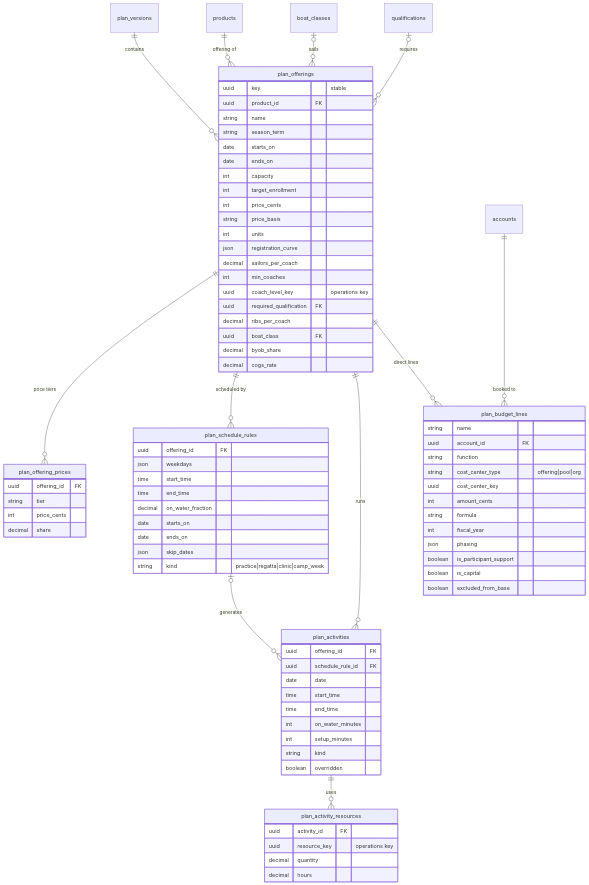
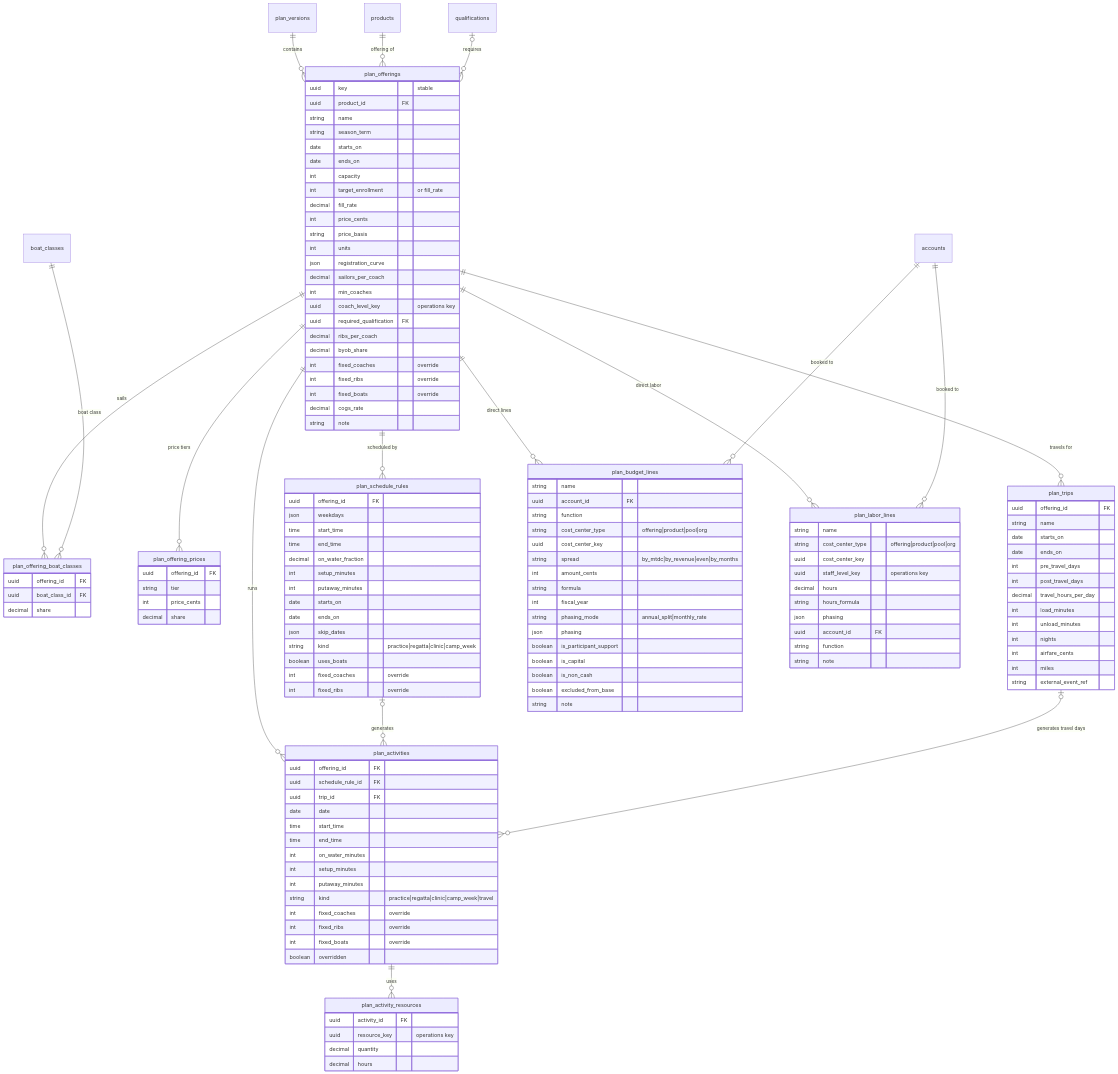
Before and after one commit to cyc-seattle/isthmia: the third of 5 diagrams in docs/planning-schema.md, drawn with Mermaid. The commit also changed other lines of this file, not shown here.

Commit message:
docs: extend the planning schema for spreadsheet and project-two gaps

````diff
--- a/docs/planning-schema.md
+++ b/docs/planning-schema.md
@@ -136,15 +144,20 @@
 erDiagram
     plan_versions ||--o{ plan_offerings : contains
     products ||--o{ plan_offerings : "offering of"
-    boat_classes |o--o{ plan_offerings : sails
     qualifications |o--o{ plan_offerings : requires
+    plan_offerings ||--o{ plan_offering_boat_classes : sails
+    boat_classes ||--o{ plan_offering_boat_classes : "boat class"
     plan_offerings ||--o{ plan_offering_prices : "price tiers"
     plan_offerings ||--o{ plan_schedule_rules : "scheduled by"
+    plan_offerings ||--o{ plan_trips : "travels for"
     plan_offerings ||--o{ plan_activities : runs
     plan_schedule_rules |o--o{ plan_activities : generates
+    plan_trips |o--o{ plan_activities : "generates travel days"
     plan_activities ||--o{ plan_activity_resources : uses
     plan_offerings ||--o{ plan_budget_lines : "direct lines"
+    plan_offerings ||--o{ plan_labor_lines : "direct labor"
     accounts ||--o{ plan_budget_lines : "booked to"
+    accounts ||--o{ plan_labor_lines : "booked to"
 
     plan_offerings {
         uuid key "stable"
@@ -154,7 +167,8 @@
         date starts_on
         date ends_on
         int capacity
-        int target_enrollment
+        int target_enrollment "or fill_rate"
+        decimal fill_rate
         int price_cents
         string price_basis
         int units
@@ -164,9 +178,17 @@
         uuid coach_level_key "operations key"
         uuid required_qualification FK
         decimal ribs_per_coach
-        uuid boat_class FK
         decimal byob_share
+        int fixed_coaches "override"
+        int fixed_ribs "override"
+        int fixed_boats "override"
         decimal cogs_rate
+        string note
+    }
+    plan_offering_boat_classes {
+        uuid offering_id FK
+        uuid boat_class_id FK
+        decimal share
     }
     plan_offering_prices {
         uuid offering_id FK
@@ -180,20 +202,45 @@
         time start_time
         time end_time
         decimal on_water_fraction
+        int setup_minutes
+        int putaway_minutes
         date starts_on
         date ends_on
         json skip_dates
         string kind "practice|regatta|clinic|camp_week"
+        boolean uses_boats
+        int fixed_coaches "override"
+        int fixed_ribs "override"
+    }
+    plan_trips {
+        uuid offering_id FK
+        string name
+        date starts_on
+        date ends_on
+        int pre_travel_days
+        int post_travel_days
+        decimal travel_hours_per_day
+        int load_minutes
+        int unload_minutes
+        int nights
+        int airfare_cents
+        int miles
+        string external_event_ref
     }
     plan_activities {
         uuid offering_id FK
         uuid schedule_rule_id FK
+        uuid trip_id FK
         date date
         time start_time
         time end_time
         int on_water_minutes
         int setup_minutes
-        string kind
+        int putaway_minutes
+        string kind "practice|regatta|clinic|camp_week|travel"
+        int fixed_coaches "override"
+        int fixed_ribs "override"
+        int fixed_boats "override"
         boolean overridden
     }
     plan_activity_resources {
@@ -202,18 +249,34 @@
         decimal quantity
         decimal hours
     }
+    plan_labor_lines {
+        string name
+        string cost_center_type "offering|product|pool|org"
+        uuid cost_center_key
+        uuid staff_level_key "operations key"
+        decimal hours
+        string hours_formula
+        json phasing
+        uuid account_id FK
+        string function
+        string note
+    }
     plan_budget_lines {
         string name
         uuid account_id FK
         string function
-        string cost_center_type "offering|pool|org"
+        string cost_center_type "offering|product|pool|org"
         uuid cost_center_key
+        string spread "by_mtdc|by_revenue|even|by_months"
         int amount_cents
         string formula
         int fiscal_year
+        string phasing_mode "annual_split|monthly_rate"
         json phasing
         boolean is_participant_support
         boolean is_capital
+        boolean is_non_cash
         boolean excluded_from_base
+        string note
     }
 ```
````
